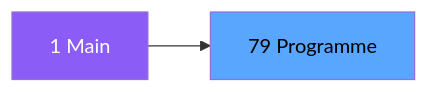
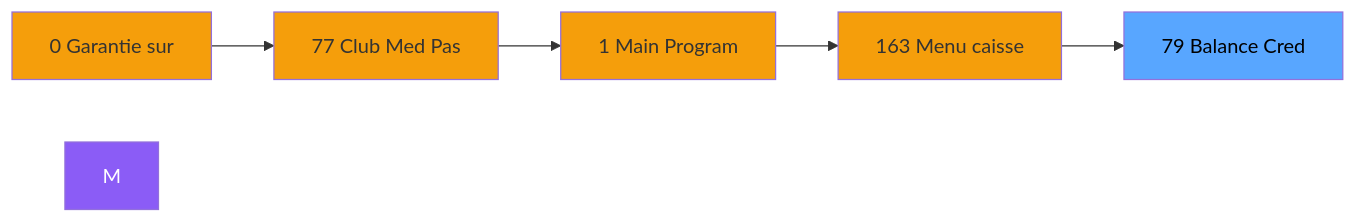
The second of 3 diagrams in .openspec/specs/ADH-IDE-79.md (thonyAGP/magic-migration), drawn with Mermaid before and after one commit. The commit also changed other lines of this file and 323 other files, not shown here.

````diff
--- a/.openspec/specs/ADH-IDE-79.md
+++ b/.openspec/specs/ADH-IDE-79.md
@@ -105,8 +131,18 @@
 ```mermaid
 graph LR
-    M[1 Main]
-    T[79 Programme]
-    M --> T
+    N0[0 Garantie sur]
+    N77[77 Club Med Pas]
+    N1[1 Main Program]
+    N163[163 Menu caisse ]
+    T[79 Balance Cred]
+    N0 --> N77
+    N77 --> N1
+    N1 --> N163
+    N163 --> T
     style M fill:#8b5cf6,color:#fff
+    style N0 fill:#f59e0b
+    style N77 fill:#f59e0b
+    style N1 fill:#f59e0b
+    style N163 fill:#f59e0b
     style T fill:#58a6ff,color:#000
 ```
````
